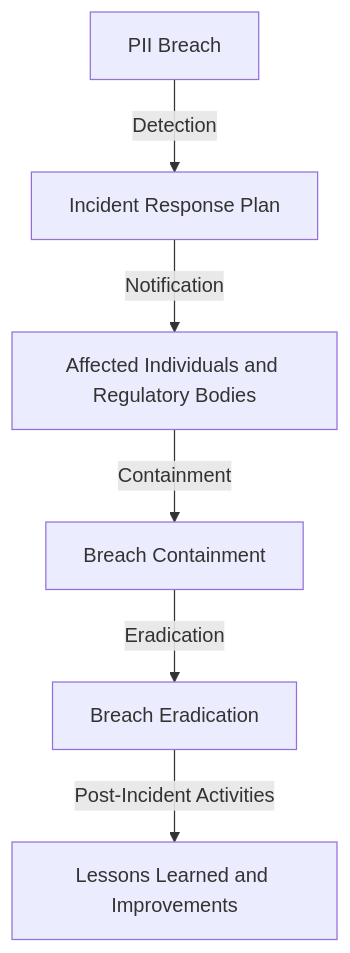
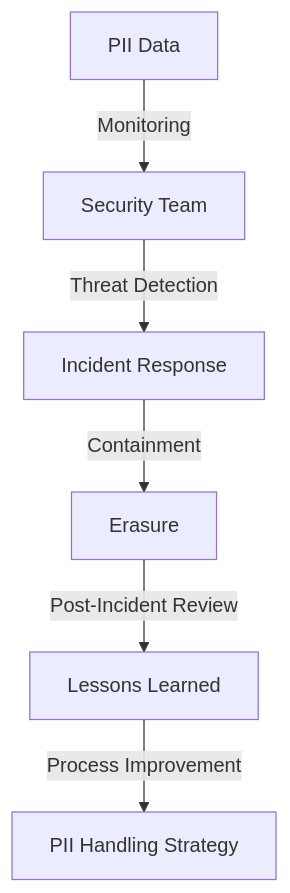
One commit to baaghinitesh/dailly-notes changed the third of 3 diagrams in docs/blogs/How_to_Safely_Handle_PII__Personally_Identifiable_Information__Part_2.md. Above: the diagram before and after it, drawn with Mermaid. The commit also changed other lines of this file and 5 other files, not shown here.

````diff
--- a/docs/blogs/How_to_Safely_Handle_PII__Personally_Identifiable_Information__Part_2.md
+++ b/docs/blogs/How_to_Safely_Handle_PII__Personally_Identifiable_Information__Part_2.md
@@ -70,8 +57,8 @@
 ```mermaid
 flowchart TD
-    id["PII Breach"] -->|Detection| id1["Incident Response Plan"]
-    id1 -->|Notification| id2["Affected Individuals and Regulatory Bodies"]
-    id2 -->|Containment| id3["Breach Containment"]
-    id3 -->|Eradication| id4["Breach Eradication"]
-    id4 -->|Post-Incident Activities| id5["Lessons Learned and Improvements"]
+    id["PII Data"] -->|Monitoring| id1["Security Team"]
+    id1 -->|Threat Detection| id2["Incident Response"]
+    id2 -->|Containment| id3["Erasure"]
+    id3 -->|Post-Incident Review| id4["Lessons Learned"]
+    id4 -->|Process Improvement| id5["PII Handling Strategy"]
 ```
````
